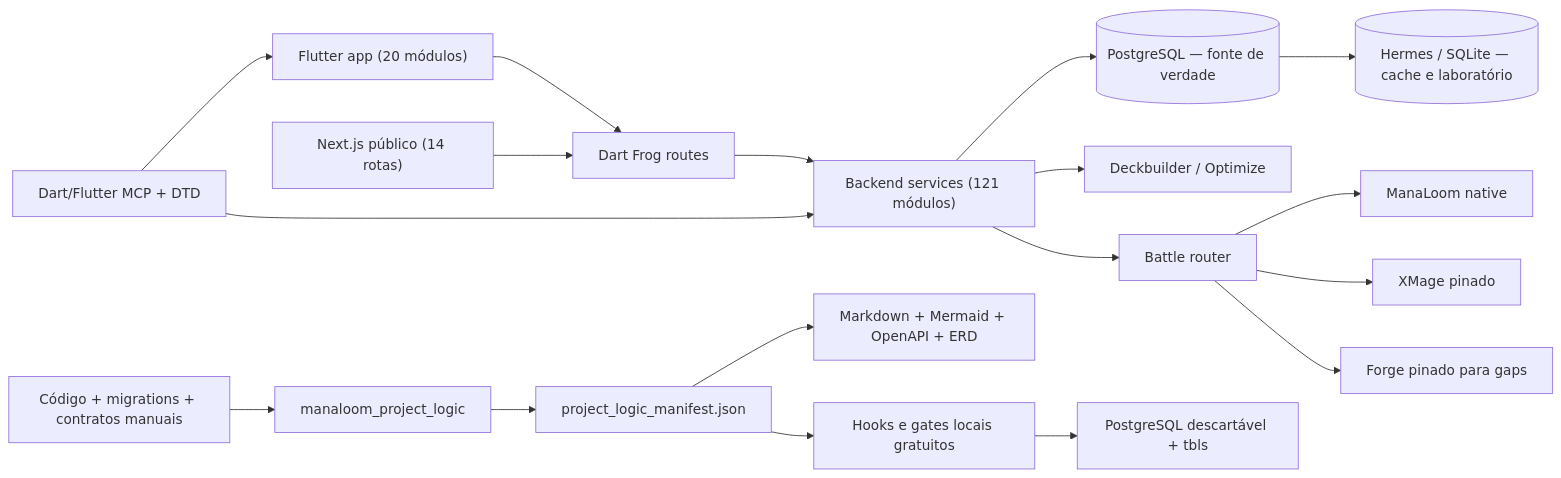
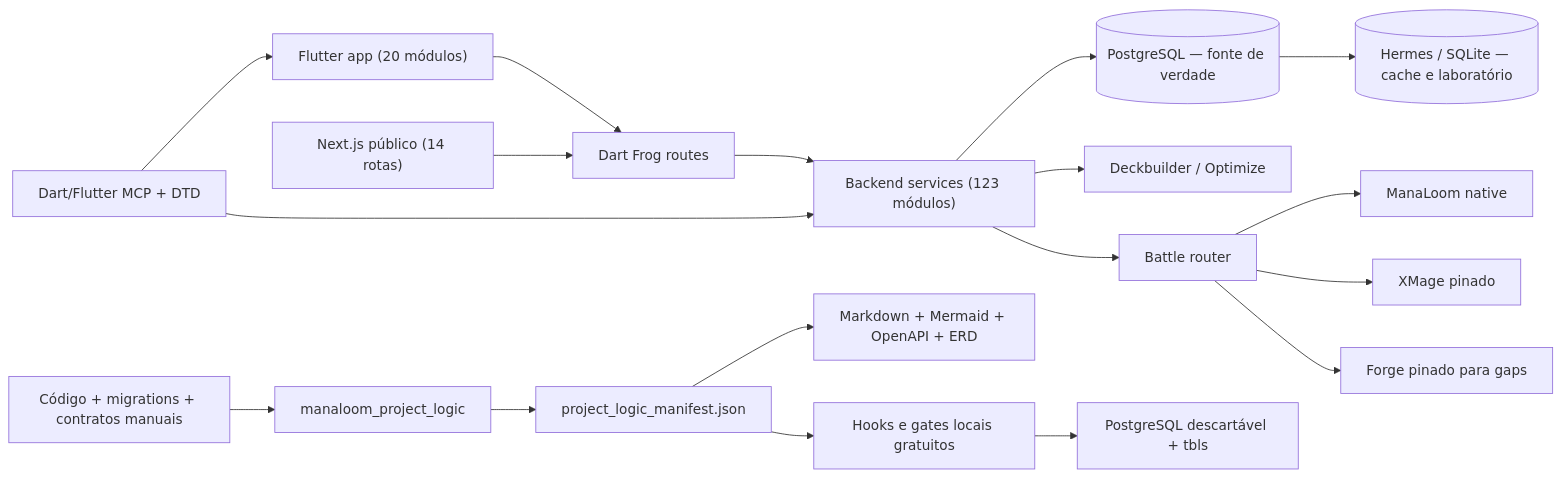
One commit to softwarePredador/mtgia changed the diagram in docs/generated/ARCHITECTURE.md. Above: the diagram before and after it, drawn with Mermaid. The commit also changed 629 other files, not shown here.

````diff
--- a/docs/generated/ARCHITECTURE.md
+++ b/docs/generated/ARCHITECTURE.md
@@ -5,20 +5,20 @@
 ```mermaid
 flowchart LR
     UI["Flutter app (20 módulos)"] --> API["Dart Frog routes"]
     WEB["Next.js público (14 rotas)"] --> API
-    API --> DOMAIN["Backend services (121 módulos)"]
+    API --> DOMAIN["Backend services (123 módulos)"]
     DOMAIN --> PG[("PostgreSQL — fonte de verdade")]
     DOMAIN --> AI["Deckbuilder / Optimize"]
     DOMAIN --> BATTLE["Battle router"]
     BATTLE --> NATIVE["ManaLoom native"]
     BATTLE --> XMAGE["XMage pinado"]
     BATTLE --> FORGE["Forge pinado para gaps"]
     PG --> HERMES[("Hermes / SQLite — cache e laboratório")]
     SRC["Código + migrations + contratos manuais"] --> GEN["manaloom_project_logic"]
     GEN --> MANIFEST["project_logic_manifest.json"]
     MANIFEST --> DOCS["Markdown + Mermaid + OpenAPI + ERD"]
     MANIFEST --> LOCAL["Hooks e gates locais gratuitos"]
     LOCAL --> TBLS["PostgreSQL descartável + tbls"]
     MCP["Dart/Flutter MCP + DTD"] --> UI
     MCP --> DOMAIN
 ```
````
